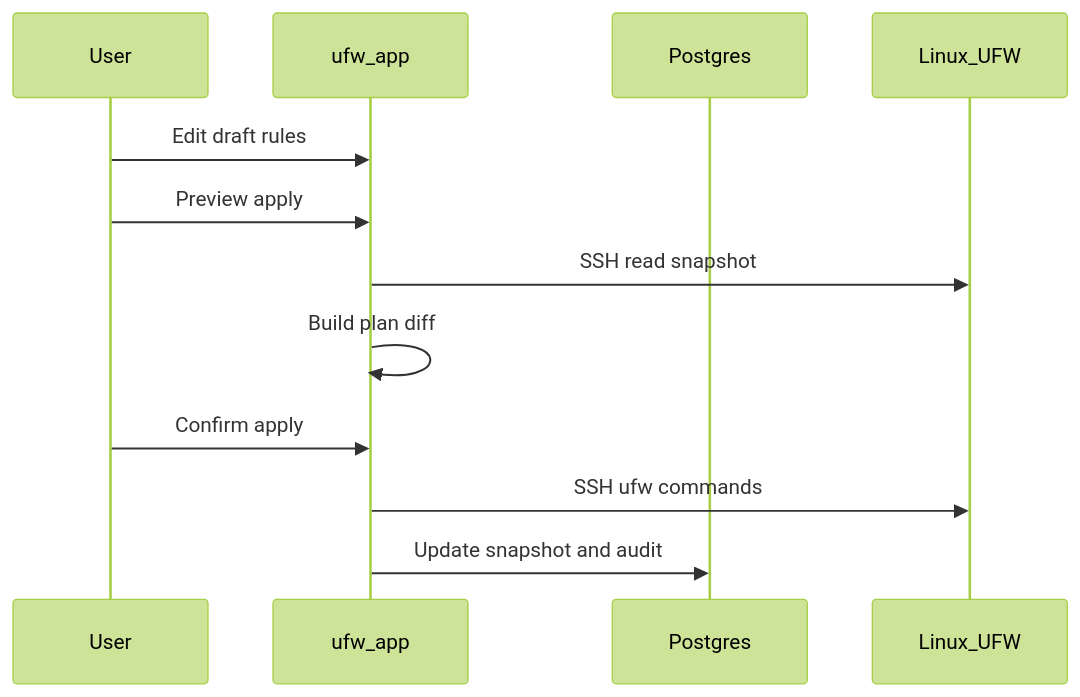
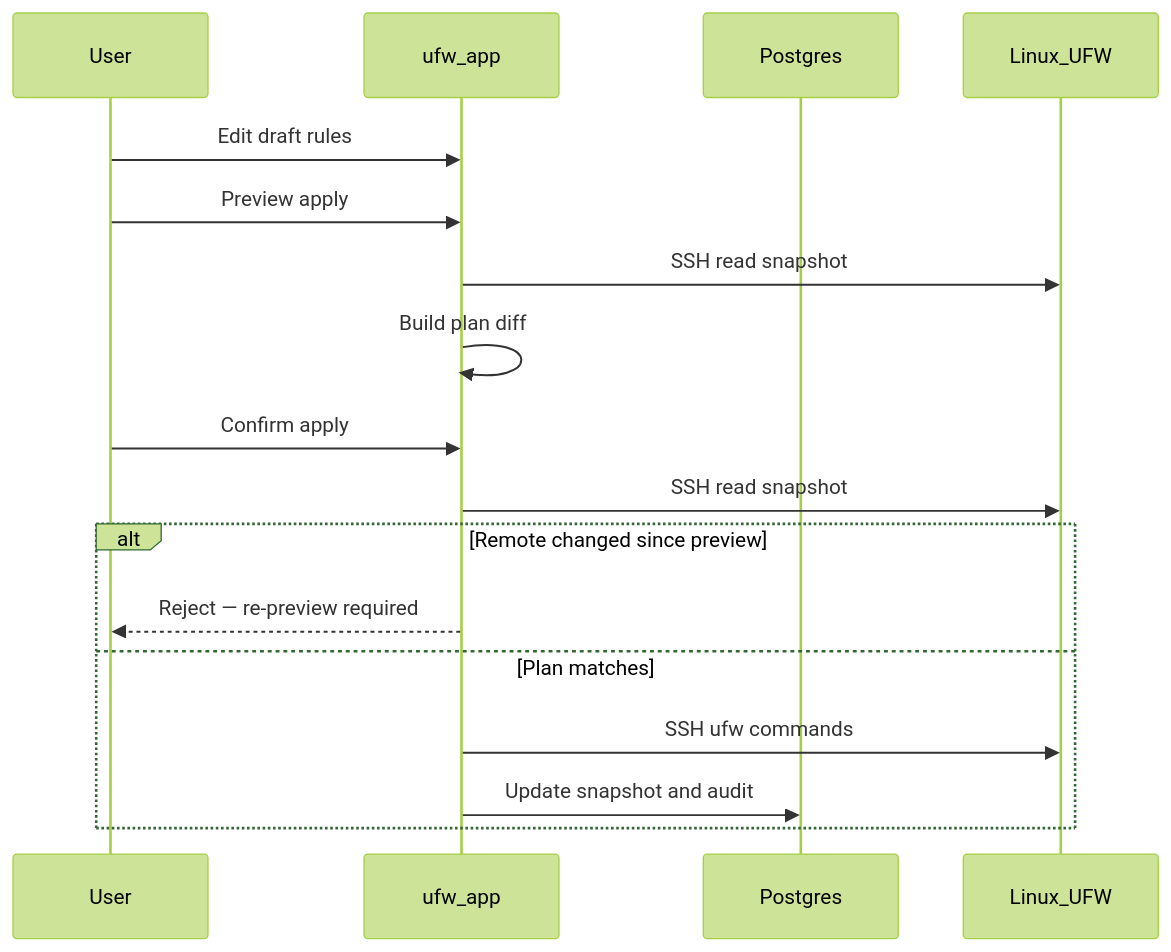
One commit to finenumbers/ufw changed the diagram in docs/de/concepts/draft-apply-workflow.md. Above: the diagram before and after it, drawn with Mermaid (forest theme). The commit also changed other lines of this file and 118 other files, not shown here.

````diff
--- a/docs/de/concepts/draft-apply-workflow.md
+++ b/docs/de/concepts/draft-apply-workflow.md
@@ -37,15 +37,20 @@
 ```mermaid
 sequenceDiagram
   participant User
   participant App as ufw_app
   participant DB as Postgres
   participant Remote as Linux_UFW
 
   User->>App: Edit draft rules
   User->>App: Preview apply
   App->>Remote: SSH read snapshot
   App->>App: Build plan diff
   User->>App: Confirm apply
-  App->>Remote: SSH ufw commands
-  App->>DB: Update snapshot and audit
+  App->>Remote: SSH read snapshot
+  alt Remote changed since preview
+    App-->>User: Reject — re-preview required
+  else Plan matches
+    App->>Remote: SSH ufw commands
+    App->>DB: Update snapshot and audit
+  end
 ```
````
